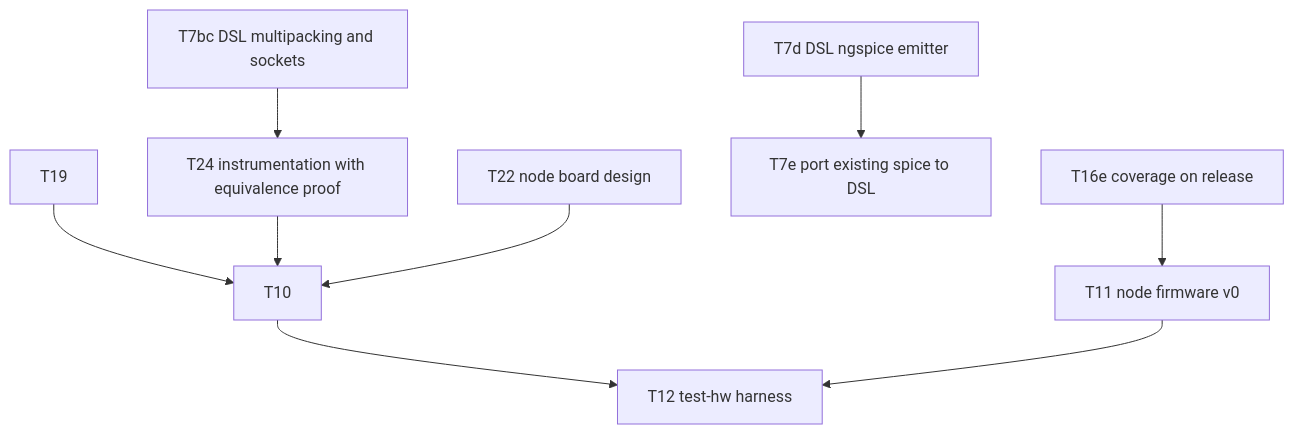
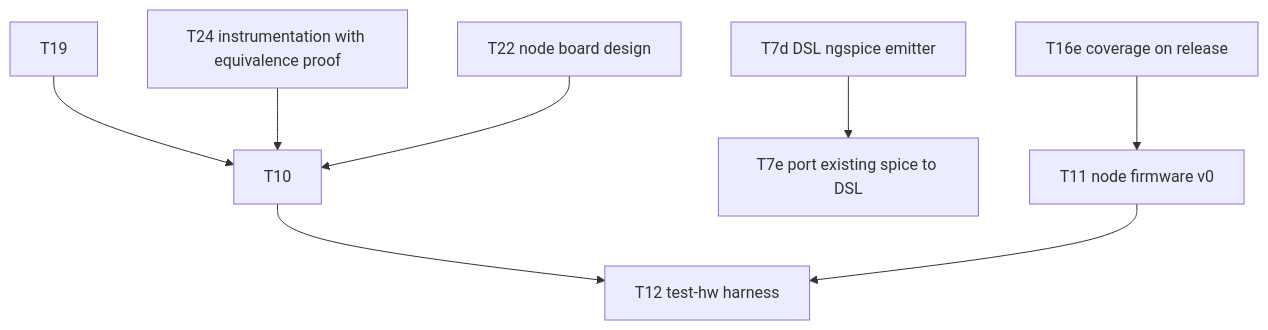
The diagram in KANBAN.md (kristofferkoch/oparroy), drawn with Mermaid before and after one commit. The commit also changed other lines of this file, not shown here.

````diff
--- a/KANBAN.md
+++ b/KANBAN.md
@@ -34,11 +34,10 @@
 ```mermaid
 graph TD
     T19 --> T10
-    T7bc[T7bc DSL multipacking and sockets] --> T24[T24 instrumentation with equivalence proof]
-    T24 --> T10
+    T24[T24 instrumentation with equivalence proof] --> T10
     T22[T22 node board design] --> T10
     T7d[T7d DSL ngspice emitter] --> T7e[T7e port existing spice to DSL]
     T10 --> T12[T12 test-hw harness]
     T11 --> T12
     T16e[T16e coverage on release] --> T11[T11 node firmware v0]
 ```
````
